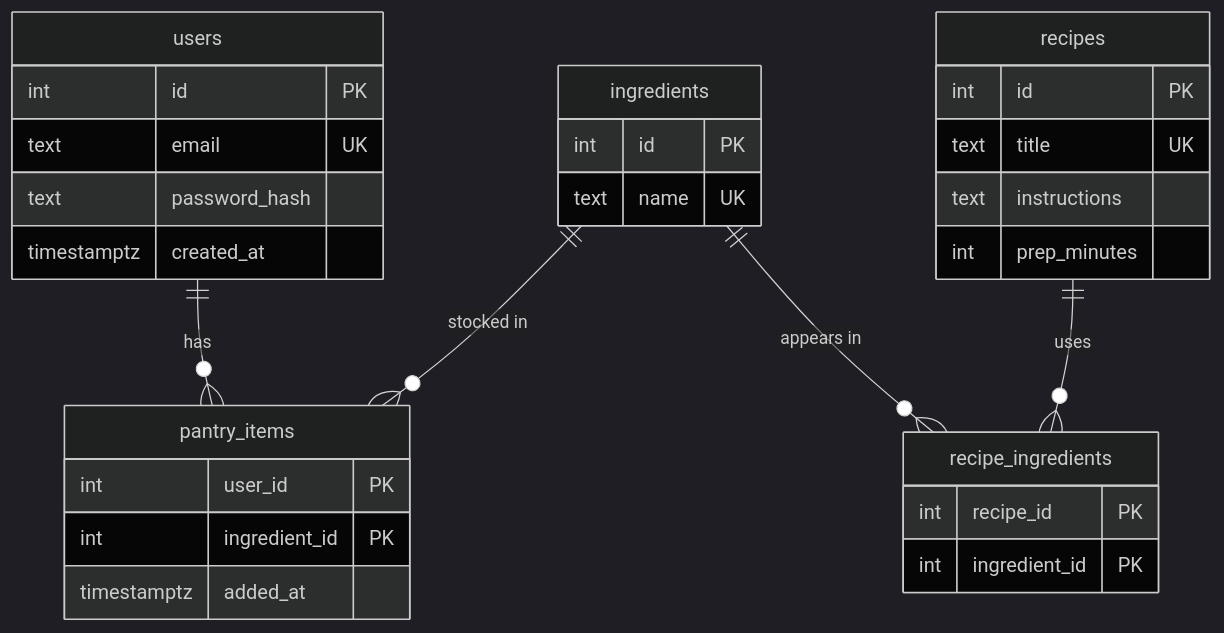
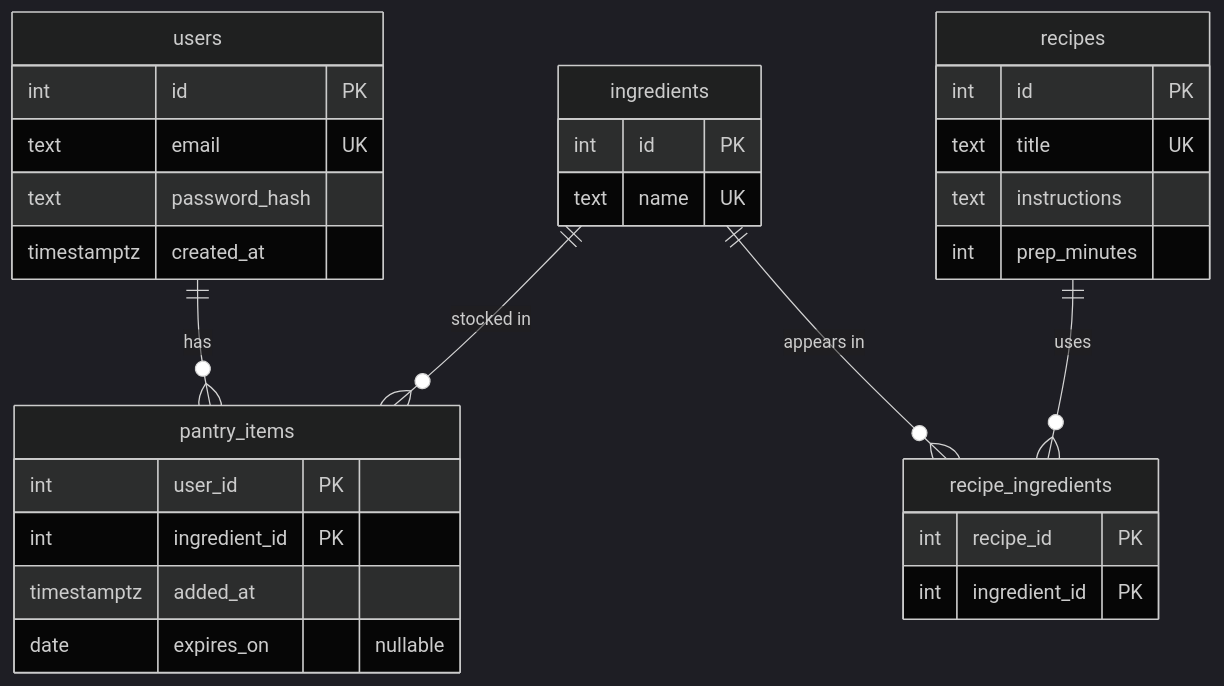
The diagram in README.md (AngelG0704/Pantry-app), drawn with Mermaid (dark theme) before and after one commit. The commit also changed other lines of this file and 2 other files, not shown here.

````diff
--- a/README.md
+++ b/README.md
@@ -170,33 +170,34 @@
 ```mermaid
 erDiagram
     users ||--o{ pantry_items : "has"
     ingredients ||--o{ pantry_items : "stocked in"
     recipes ||--o{ recipe_ingredients : "uses"
     ingredients ||--o{ recipe_ingredients : "appears in"
 
     users {
         int id PK
         text email UK
         text password_hash
         timestamptz created_at
     }
     ingredients {
         int id PK
         text name UK
     }
     recipes {
         int id PK
         text title UK
         text instructions
         int prep_minutes
     }
     recipe_ingredients {
         int recipe_id PK
         int ingredient_id PK
     }
     pantry_items {
         int user_id PK
         int ingredient_id PK
         timestamptz added_at
+        date expires_on "nullable"
     }
 ```
````
